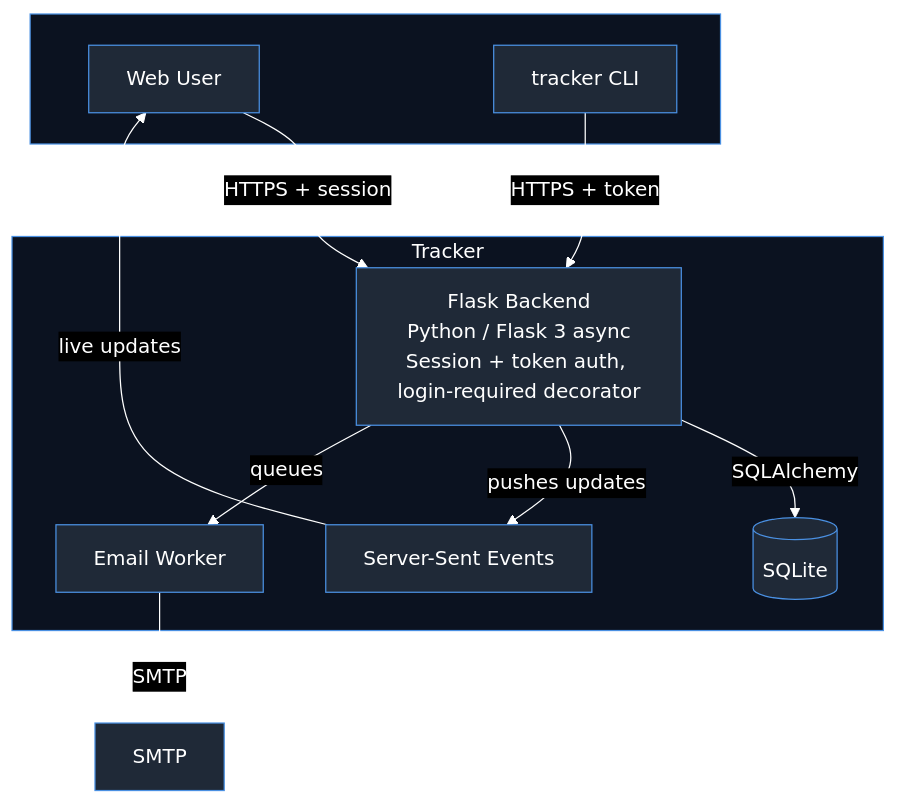
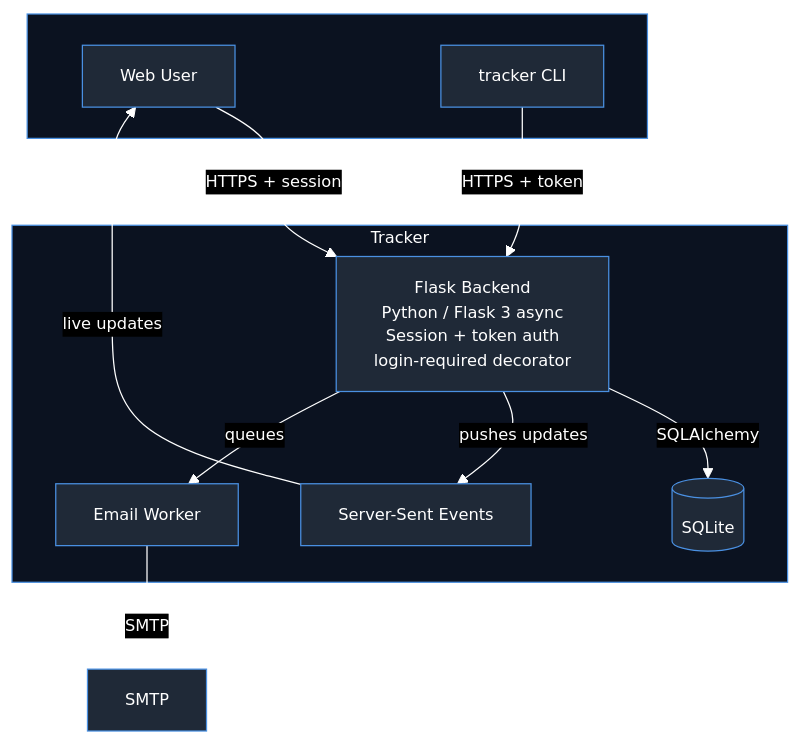
One commit to adam-scholey/adam-scholey.github.io changed the diagram in diagrams/tracker.mmd. Above: the diagram before and after it, drawn with Mermaid. The commit also changed 3 other files, not shown here.

Commit message:
feat: SVG project icons + fix architecture diagram text cut-off

```diff
--- a/diagrams/tracker.mmd
+++ b/diagrams/tracker.mmd
@@ -1,23 +1,23 @@
-%%{init: {'theme':'base','themeVariables':{'darkMode':true,'background':'#0d1117','primaryColor':'#1f2937','primaryTextColor':'#ffffff','primaryBorderColor':'#4a90e2','secondaryColor':'#111827','secondaryTextColor':'#ffffff','secondaryBorderColor':'#4a90e2','tertiaryColor':'#0b1220','tertiaryTextColor':'#ffffff','tertiaryBorderColor':'#4a90e2','lineColor':'#ffffff','arrowheadColor':'#ffffff','textColor':'#ffffff','fontFamily':'Inter, sans-serif','fontSize':'16px'}}}%%
+%%{init: {'theme':'base','themeVariables':{'darkMode':true,'background':'#0d1117','primaryColor':'#1f2937','primaryTextColor':'#ffffff','primaryBorderColor':'#4a90e2','secondaryColor':'#111827','secondaryTextColor':'#ffffff','secondaryBorderColor':'#4a90e2','tertiaryColor':'#0b1220','tertiaryTextColor':'#ffffff','tertiaryBorderColor':'#4a90e2','lineColor':'#ffffff','arrowheadColor':'#ffffff','textColor':'#ffffff','fontSize':'13px'}}}%%
 flowchart TB
     subgraph Client[" "]
         user[Web User]
         cli[tracker CLI]
     end
 
     subgraph Tracker["Tracker"]
-        flask[Flask Backend<br/>Python / Flask 3 async<br/>Session + token auth, login-required decorator]
+        flask[Flask Backend<br/>Python / Flask 3 async<br/>Session + token auth<br/>login-required decorator]
         db[(SQLite)]
         sse[Server-Sent Events]
         mail[Email Worker]
     end
 
     smtp[SMTP]
 
     user -->|HTTPS + session| flask
     cli -->|HTTPS + token| flask
     flask -->|SQLAlchemy| db
     flask -->|pushes updates| sse
     sse -->|live updates| user
     flask -->|queues| mail
     mail -->|SMTP| smtp
```
